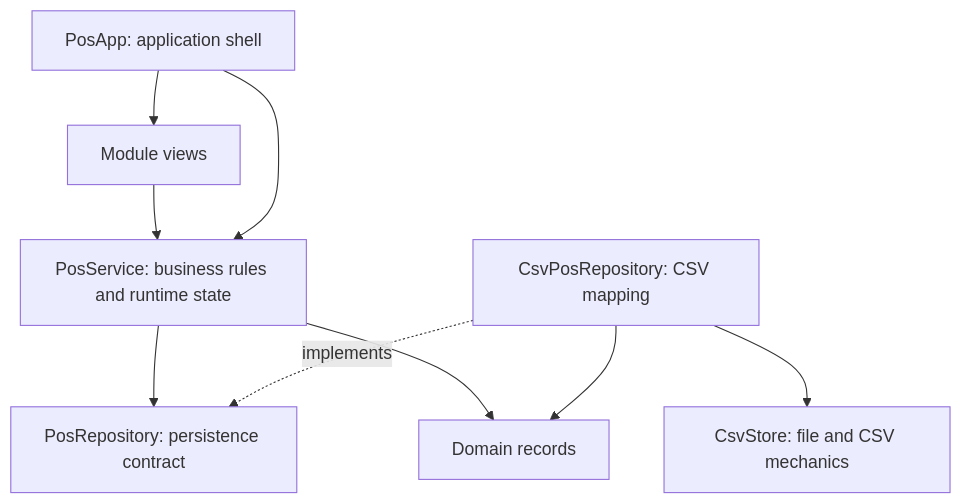
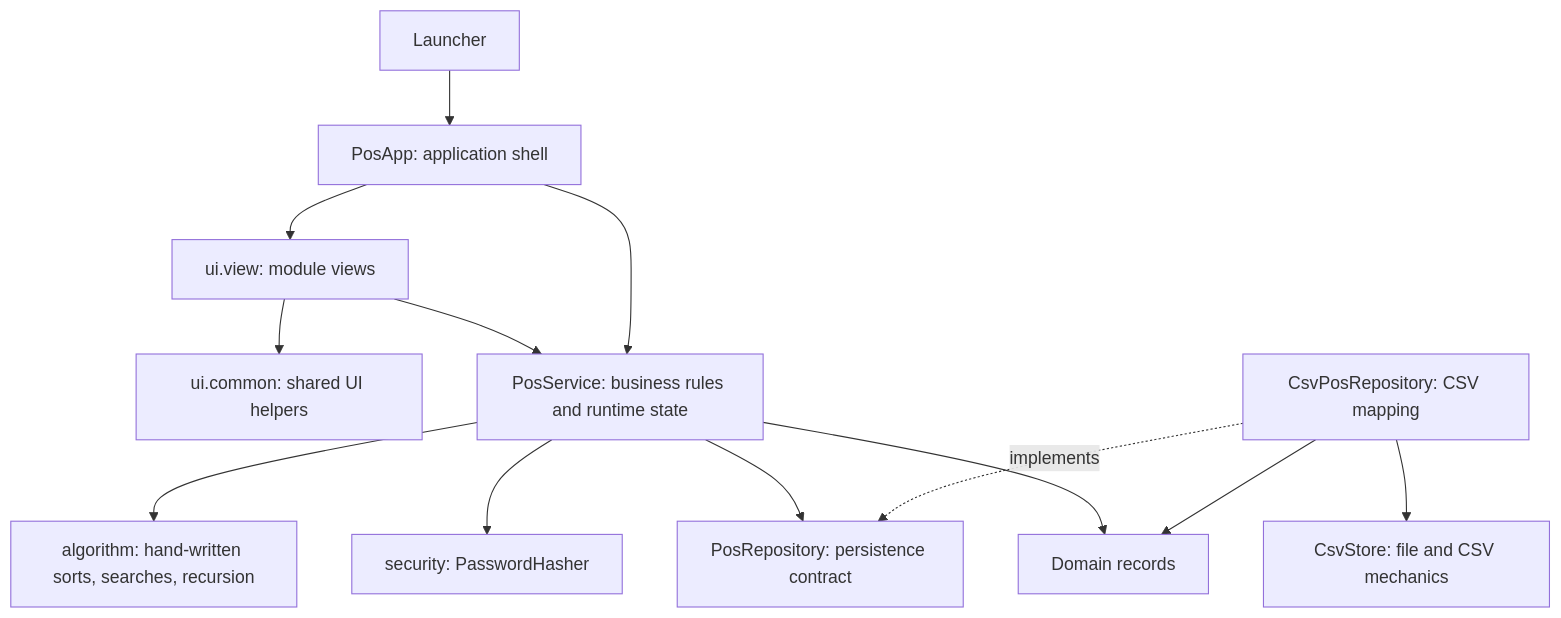
The diagram in docs/architecture.md (kyledelfin2006/kofi-pos-and-inventory-system), drawn with Mermaid before and after one commit. The commit also changed other lines of this file and 41 other files, not shown here.

````diff
--- a/docs/architecture.md
+++ b/docs/architecture.md
@@ -7,11 +7,15 @@
 ```mermaid
 flowchart TD
-    App[PosApp: application shell] --> Views[Module views]
+    Launcher --> App[PosApp: application shell]
+    App --> Views[ui.view: module views]
+    Views --> Common[ui.common: shared UI helpers]
     Views --> Service[PosService: business rules and runtime state]
     App --> Service
+    Service --> Algo[algorithm: hand-written sorts, searches, recursion]
+    Service --> Sec[security: PasswordHasher]
     Service --> Port[PosRepository: persistence contract]
     CsvRepo[CsvPosRepository: CSV mapping] -. implements .-> Port
     CsvRepo --> Csv[CsvStore: file and CSV mechanics]
     Service --> Models[Domain records]
     CsvRepo --> Models
 ```
````
